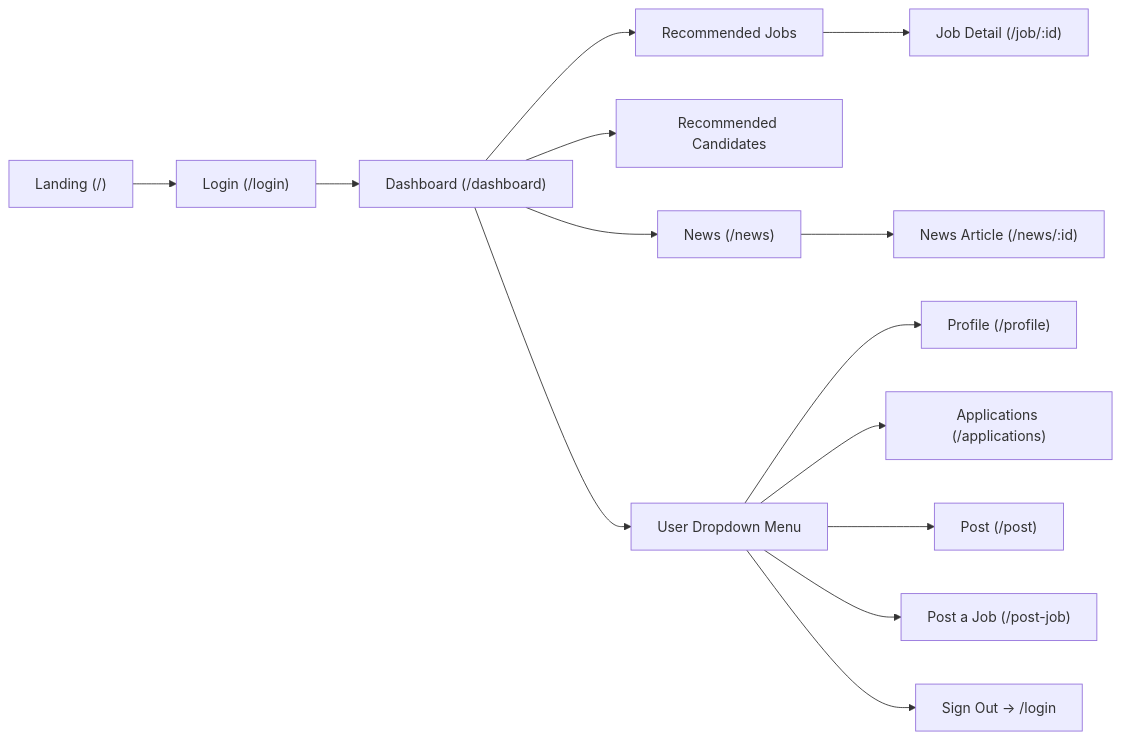
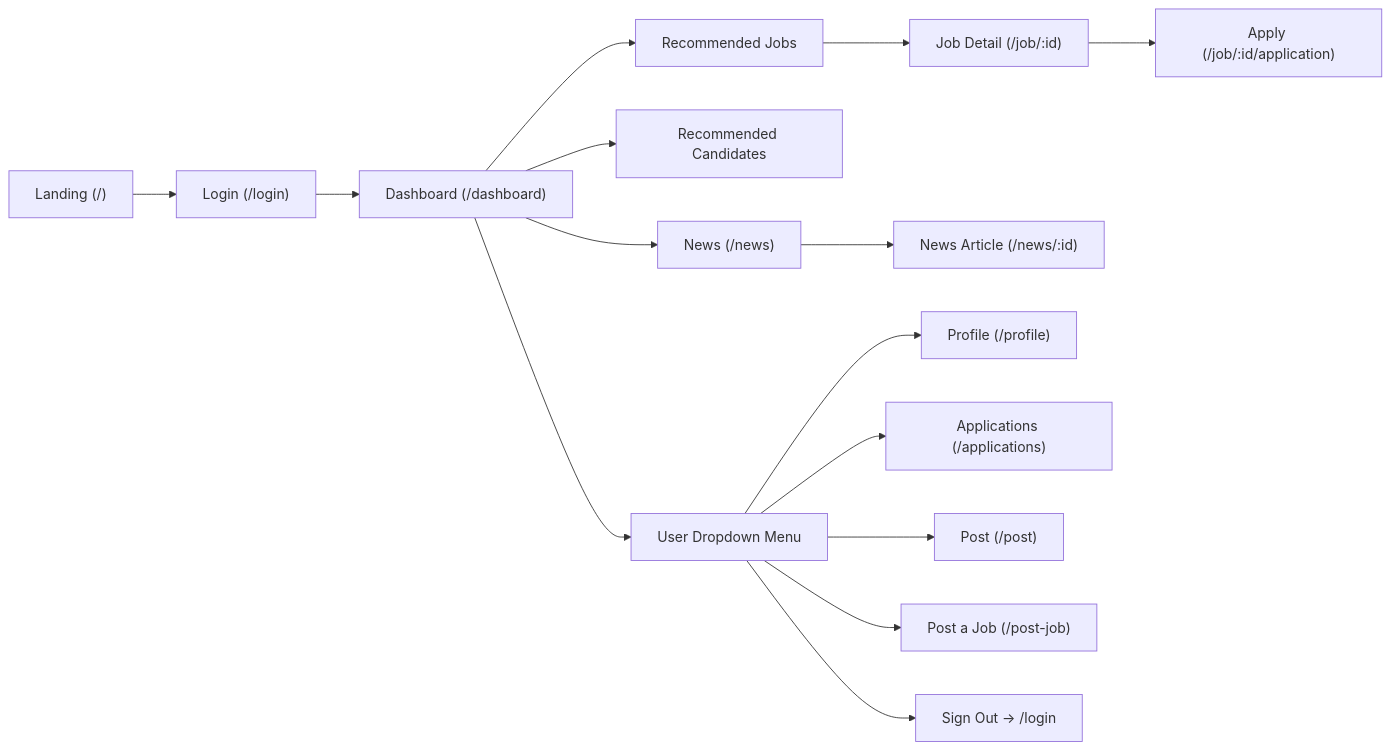
Before and after one commit to mhuy07092004/Workmate: the third of 3 diagrams in CLAUDE.md, drawn with Mermaid. The commit also changed other lines of this file and 2 other files, not shown here.

````diff
--- a/CLAUDE.md
+++ b/CLAUDE.md
@@ -128,16 +500,17 @@
 ```mermaid
 flowchart LR
   landing["Landing (/)"] --> login["Login (/login)"]
   login --> dashboard["Dashboard (/dashboard)"]
   dashboard --> recJobs["Recommended Jobs"]
   dashboard --> recCandidates["Recommended Candidates"]
   dashboard --> news["News (/news)"]
   recJobs --> jobDetail["Job Detail (/job/:id)"]
+  jobDetail --> applyPage["Apply (/job/:id/application)"]
   news --> newsDetail["News Article (/news/:id)"]
   dashboard --> userMenu["User Dropdown Menu"]
   userMenu --> profile["Profile (/profile)"]
   userMenu --> applications["Applications (/applications)"]
   userMenu --> post["Post (/post)"]
   userMenu --> postJob["Post a Job (/post-job)"]
   userMenu --> signOut["Sign Out → /login"]
 ```
````
